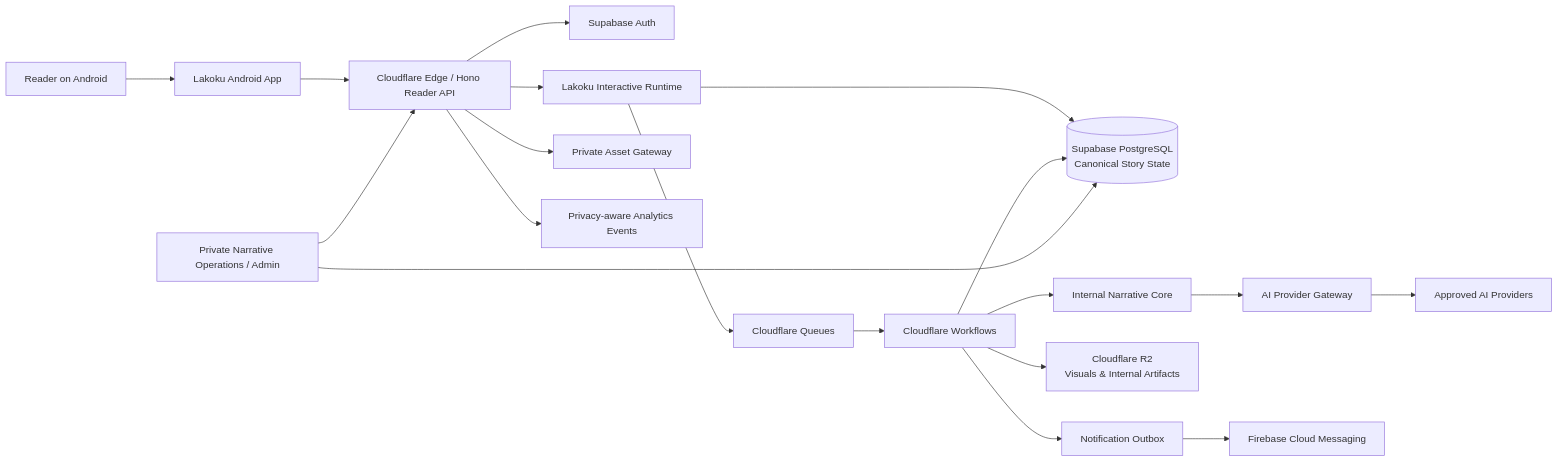
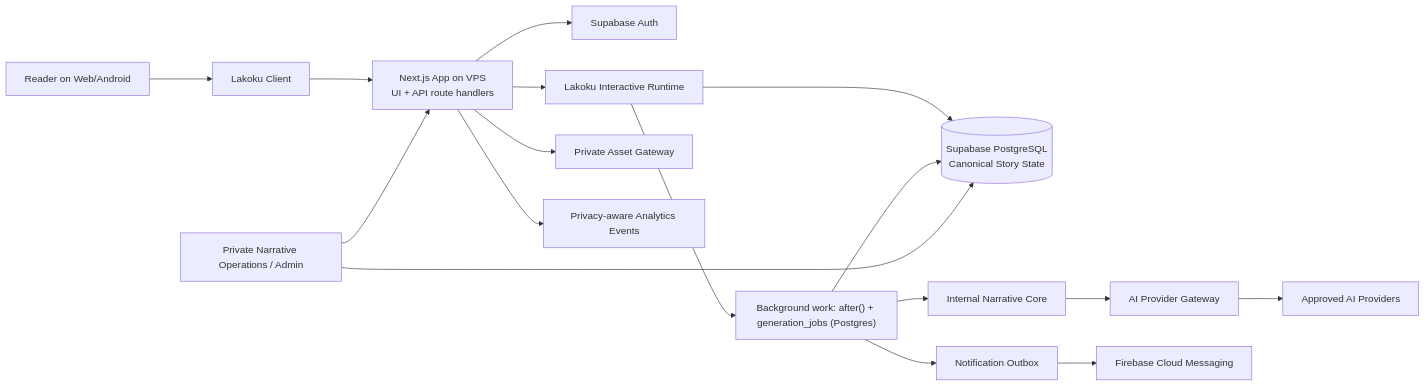
One commit to moxsenna/Lakoku changed the first of 4 diagrams in docs/ARCHITECTURE_v1.1.md. Above: the diagram before and after it, drawn with Mermaid. The commit also changed other lines of this file and 22 other files, not shown here.

````diff
--- a/docs/ARCHITECTURE_v1.1.md
+++ b/docs/ARCHITECTURE_v1.1.md
@@ -77,26 +88,24 @@
 ```mermaid
 flowchart LR
-    R[Reader on Android] --> A[Lakoku Android App]
-    A --> E[Cloudflare Edge / Hono Reader API]
+    R[Reader on Web/Android] --> A[Lakoku Client]
+    A --> E[Next.js App on VPS\nUI + API route handlers]
 
     E --> AU[Supabase Auth]
     E --> RT[Lakoku Interactive Runtime]
     E --> AS[Private Asset Gateway]
 
     RT --> DB[(Supabase PostgreSQL\nCanonical Story State)]
-    RT --> Q[Cloudflare Queues]
-    Q --> WF[Cloudflare Workflows]
-    WF --> NC[Internal Narrative Core]
+    RT --> BG["Background work: after() + generation_jobs (Postgres)"]
+    BG --> NC[Internal Narrative Core]
     NC --> AG[AI Provider Gateway]
     AG --> AP[Approved AI Providers]
 
-    WF --> R2[Cloudflare R2\nVisuals & Internal Artifacts]
-    WF --> DB
+    BG --> DB
 
     E --> AN[Privacy-aware Analytics Events]
-    WF --> NO[Notification Outbox]
+    BG --> NO[Notification Outbox]
     NO --> FCM[Firebase Cloud Messaging]
 
     OP[Private Narrative Operations / Admin] --> E
     OP --> DB
 ```
````
